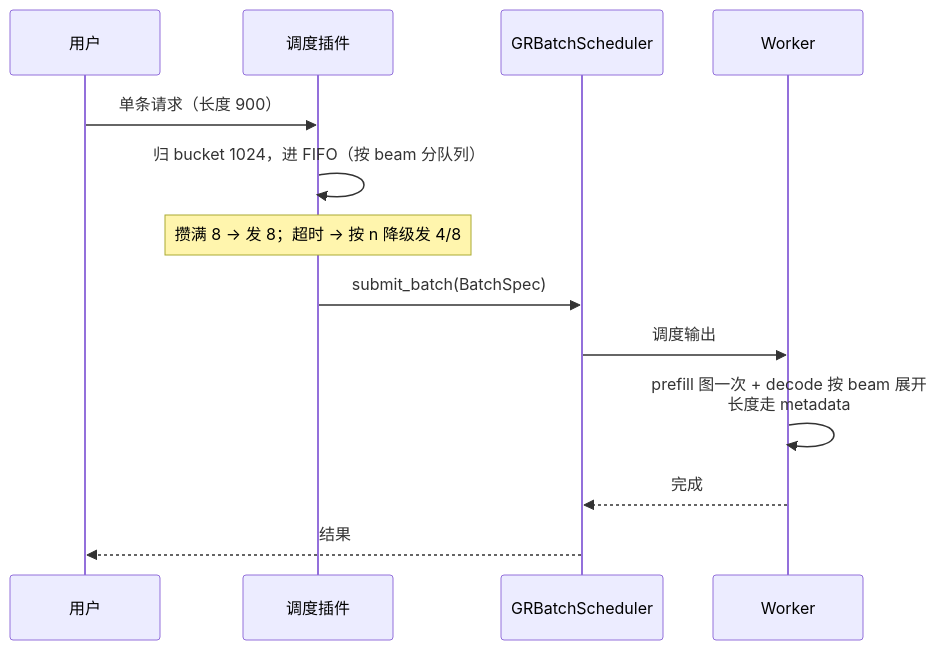
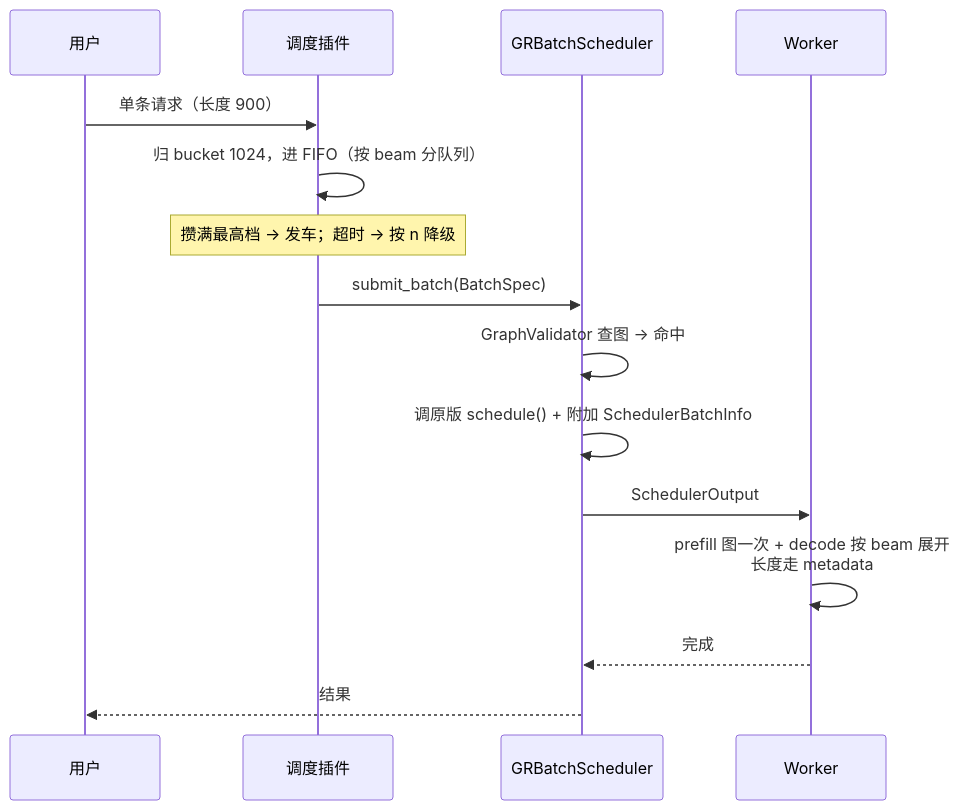
The third of 5 diagrams in scheduler_design.md (ZhiYunpenghuawei/p1), drawn with Mermaid before and after one commit. The commit also changed other lines of this file, not shown here.

````diff
--- a/scheduler_design.md
+++ b/scheduler_design.md
@@ -301,16 +335,18 @@
 ```mermaid
 sequenceDiagram
     participant U as 用户
     participant P as 调度插件
     participant S as GRBatchScheduler
     participant W as Worker
 
     U->>P: 单条请求（长度 900）
     P->>P: 归 bucket 1024，进 FIFO（按 beam 分队列）
-    Note over P: 攒满 8 → 发 8；超时 → 按 n 降级发 4/8
+    Note over P: 攒满最高档 → 发车；超时 → 按 n 降级
     P->>S: submit_batch(BatchSpec)
-    S->>W: 调度输出
+    S->>S: GraphValidator 查图 → 命中
+    S->>S: 调原版 schedule() + 附加 SchedulerBatchInfo
+    S->>W: SchedulerOutput
     W->>W: prefill 图一次 + decode 按 beam 展开<br>长度走 metadata
     W-->>S: 完成
     S-->>U: 结果
 ```
````
